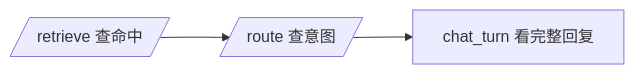
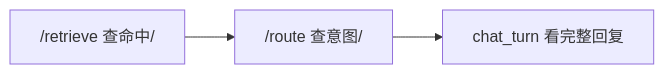
Before and after one commit to ab6539763/70_days_course_plus: the fifth of 5 diagrams in course/day19/04_流程图与示意图.md, drawn with Mermaid. The commit also changed other lines of this file and 134 other files, not shown here.

````diff
--- a/course/day19/04_流程图与示意图.md
+++ b/course/day19/04_流程图与示意图.md
@@ -107,5 +107,5 @@
 ```mermaid
 flowchart LR
-    R[/retrieve 查命中/] --> T[/route 查意图/]
+    R["/retrieve 查命中/"] --> T["/route 查意图/"]
     T --> C[chat_turn 看完整回复]
 ```
````
